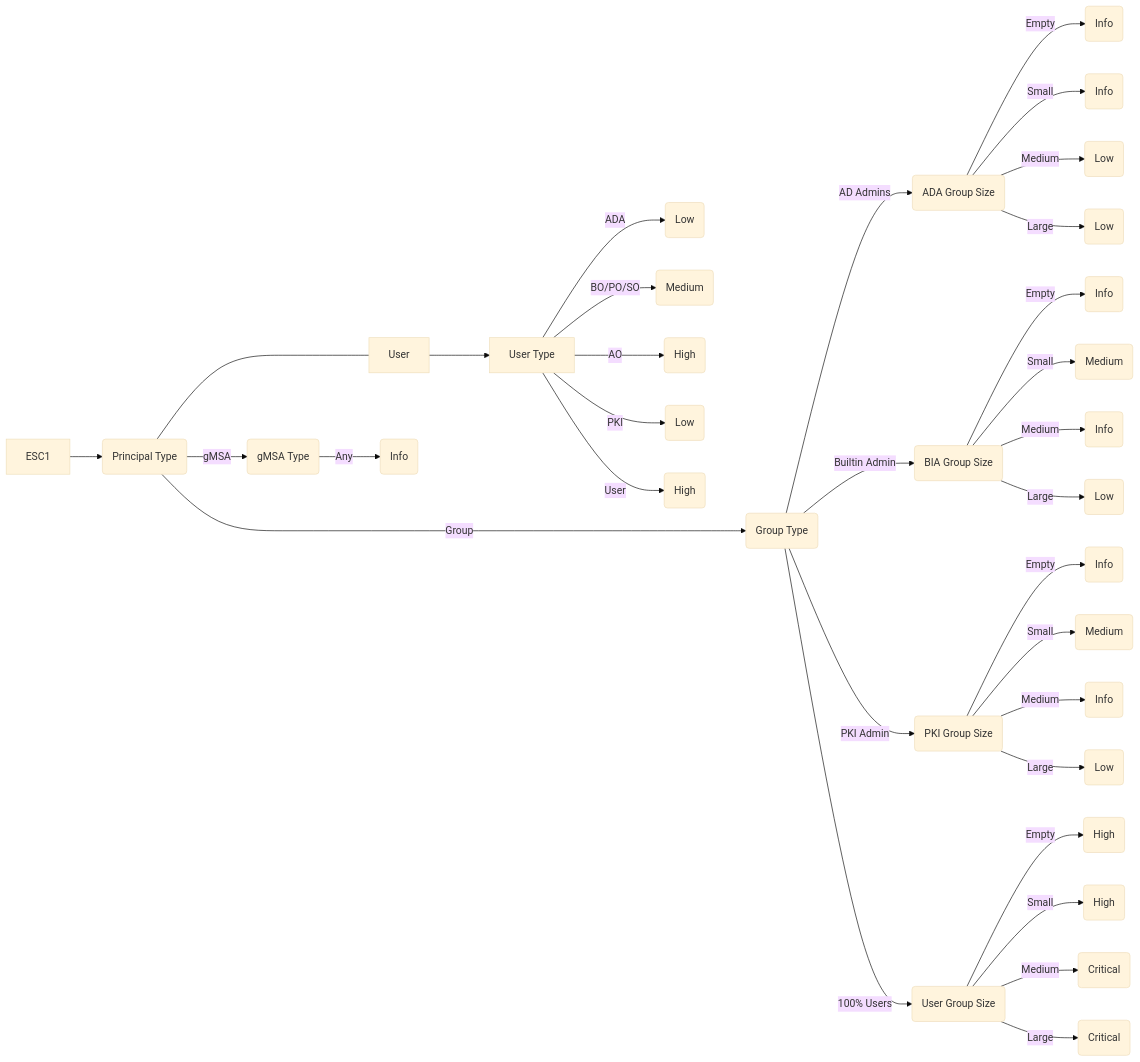
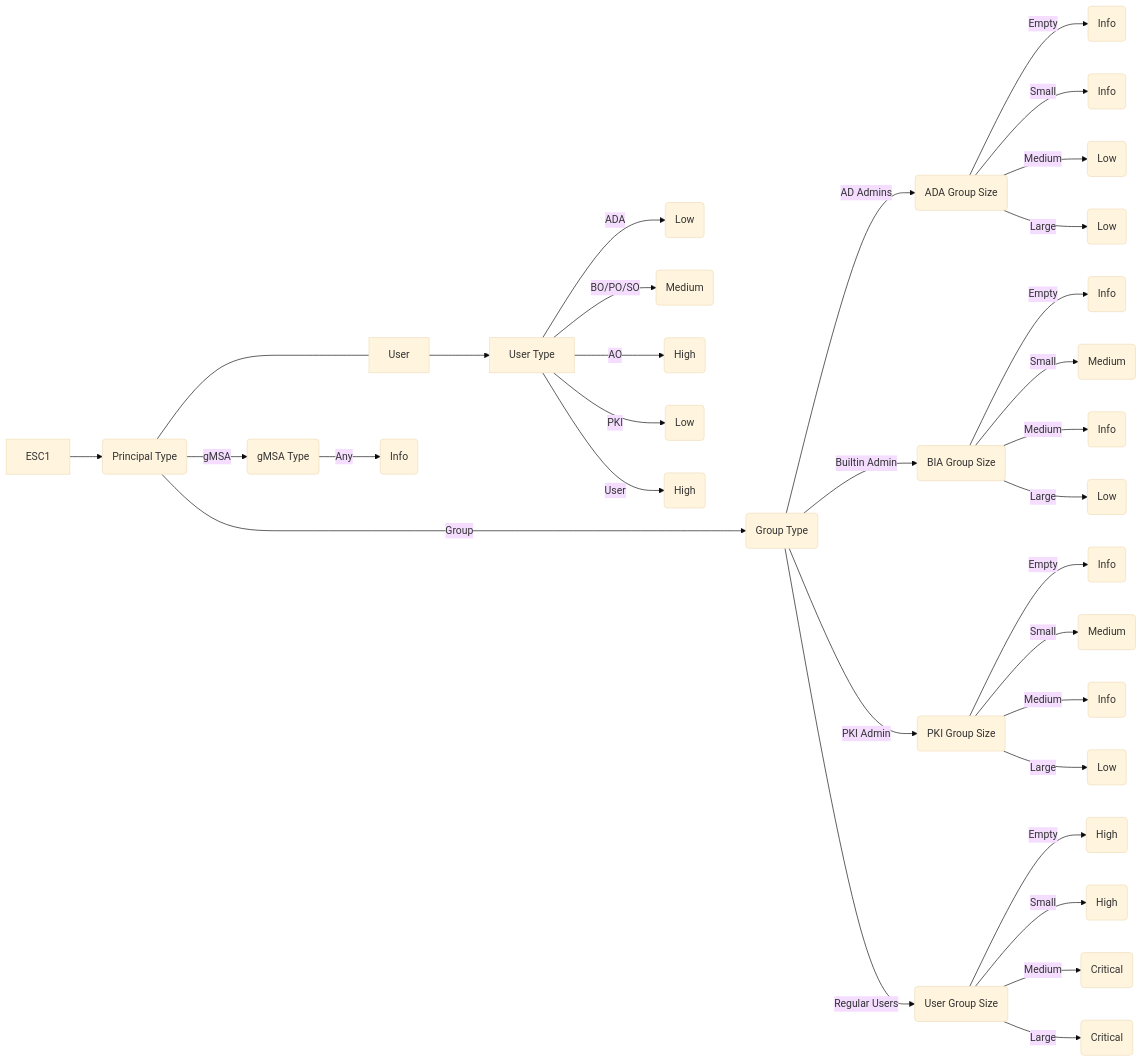
The diagram in Graphics/ESC1.md (TrimarcJake/Locksmith), drawn with Mermaid (base theme) before and after one commit.

Commit message:
Change 100% Users to Regular Users

````diff
--- a/Graphics/ESC1.md
+++ b/Graphics/ESC1.md
@@ -1,33 +1,33 @@
 ```mermaid
 flowchart LR
     ESC1 --> PrincipalType(Principal Type);
         PrincipalType ---- User --> UserType["User Type"];
             UserType -- ADA --> ADAUPriority(Low);
             UserType -- BO/PO/SO --> BIAUPriority(Medium);
             UserType -- AO --> AOUPriority(High);
             UserType -- PKI --> PKIAUPriority(Low);
             UserType -- User --> UserPriority(High);
     PrincipalType ------>|Group| GroupType("Group Type");
             GroupType -- AD Admins --> ADASize(ADA Group Size);
                 ADASize -- Empty --> ADAEGPriority(Info);
                 ADASize -- Small --> ADASGPriority(Info);
                 ADASize -- Medium --> ADAMGPriority(Low);
                 ADASize -- Large --> ADALGPriority(Low);
             GroupType -- Builtin Admin --> BIASize(BIA Group Size);
                 BIASize -- Empty --> BIAEGPriority(Info);
                 BIASize -- Small --> BIASGPriority(Medium);
                 BIASize -- Medium --> BIAMGPriority(Info);
                 BIASize -- Large --> BIALGPriority(Low);
             GroupType -- PKI Admin --> PKIASize(PKI Group Size);
                 PKIASize -- Empty --> PKIAEGPriority(Info);
                 PKIASize -- Small --> PKIASGPriority(Medium);
                 PKIASize -- Medium --> PKIAMGPriority(Info);
                 PKIASize -- Large --> PKIALGPriority(Low);
-            GroupType -- 100% Users --> UsersSize(User Group Size);
+            GroupType -- Regular Users --> UsersSize(User Group Size);
                 UsersSize -- Empty --> UsersEGPriority(High);
                 UsersSize -- Small --> UsersSGPriority(High);
                 UsersSize -- Medium --> UsersMGPriority(Critical);
                 UsersSize -- Large --> UsersLGPriority(Critical);
     PrincipalType -- gMSA --> gMSAType(gMSA Type);
             gMSAType -- Any --> gMSAPriority(Info);
 ```
````
